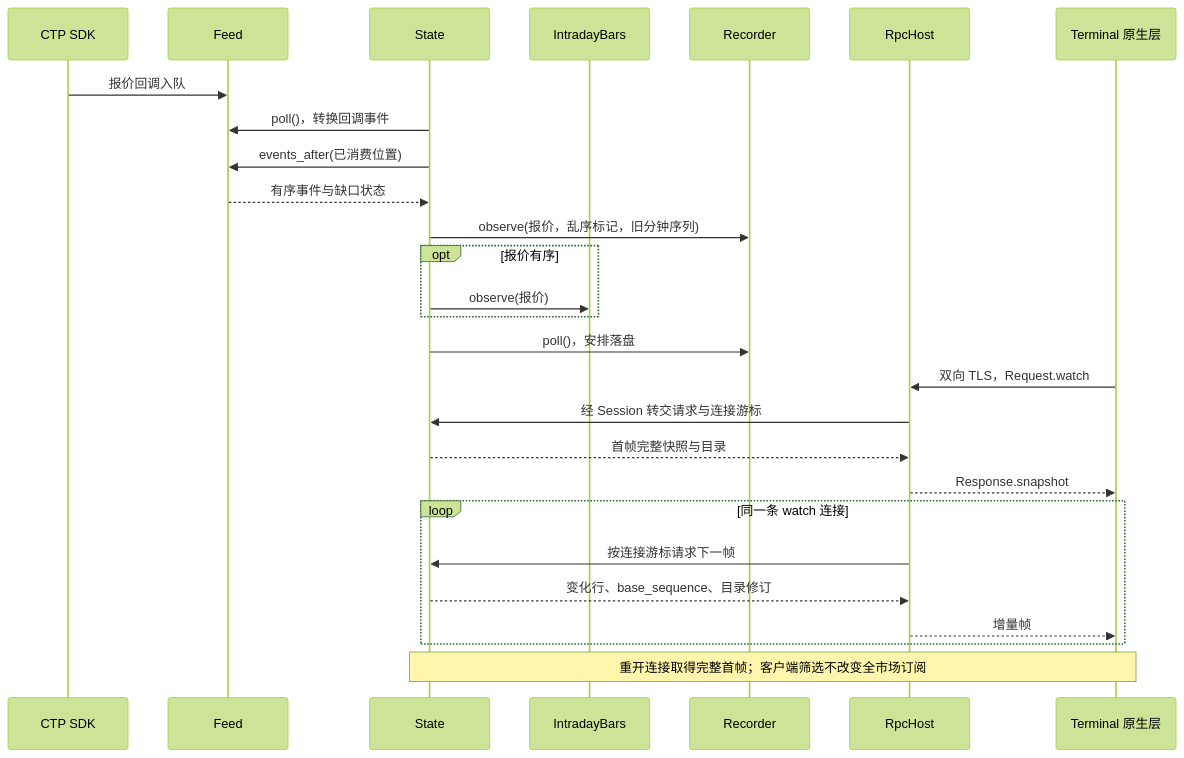
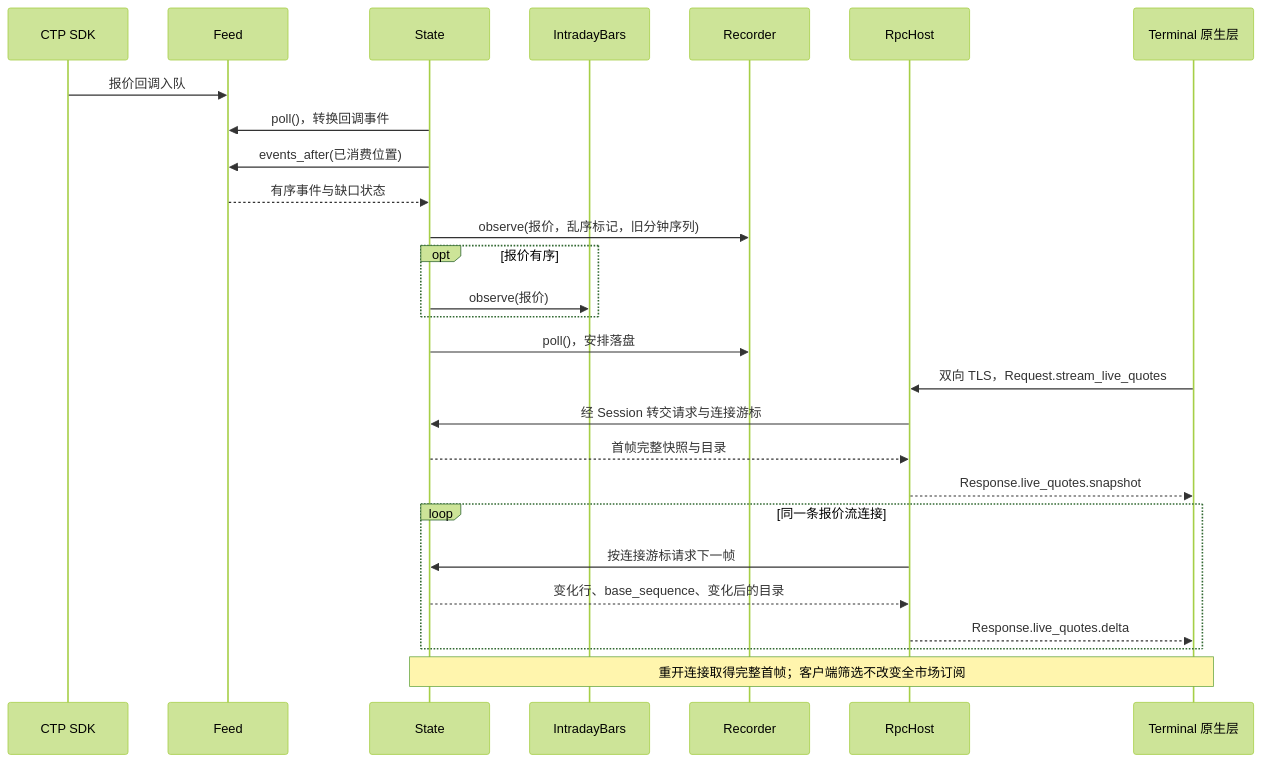
One commit to isqiwen/asterion-terminal changed the fourth of 5 diagrams in docs/market-design.md. Above: the diagram before and after it, drawn with Mermaid (forest theme). The commit also changed other lines of this file and 60 other files, not shown here.

````diff
--- a/docs/market-design.md
+++ b/docs/market-design.md
@@ -128,29 +128,29 @@
 ```mermaid
 sequenceDiagram
     participant SDK as CTP SDK
     participant Feed
     participant State
     participant Bars as IntradayBars
     participant Recorder
     participant RPC as RpcHost
     participant Client as Terminal 原生层
     SDK->>Feed: 报价回调入队
     State->>Feed: poll()，转换回调事件
     State->>Feed: events_after(已消费位置)
     Feed-->>State: 有序事件与缺口状态
     State->>Recorder: observe(报价，乱序标记，旧分钟序列)
     opt 报价有序
         State->>Bars: observe(报价)
     end
     State->>Recorder: poll()，安排落盘
-    Client->>RPC: 双向 TLS，Request.watch
+    Client->>RPC: 双向 TLS，Request.stream_live_quotes
     RPC->>State: 经 Session 转交请求与连接游标
     State-->>RPC: 首帧完整快照与目录
-    RPC-->>Client: Response.snapshot
-    loop 同一条 watch 连接
+    RPC-->>Client: Response.live_quotes.snapshot
+    loop 同一条报价流连接
         RPC->>State: 按连接游标请求下一帧
-        State-->>RPC: 变化行、base_sequence、目录修订
-        RPC-->>Client: 增量帧
+        State-->>RPC: 变化行、base_sequence、变化后的目录
+        RPC-->>Client: Response.live_quotes.delta
     end
     Note over Client,State: 重开连接取得完整首帧；客户端筛选不改变全市场订阅
 ```
````
